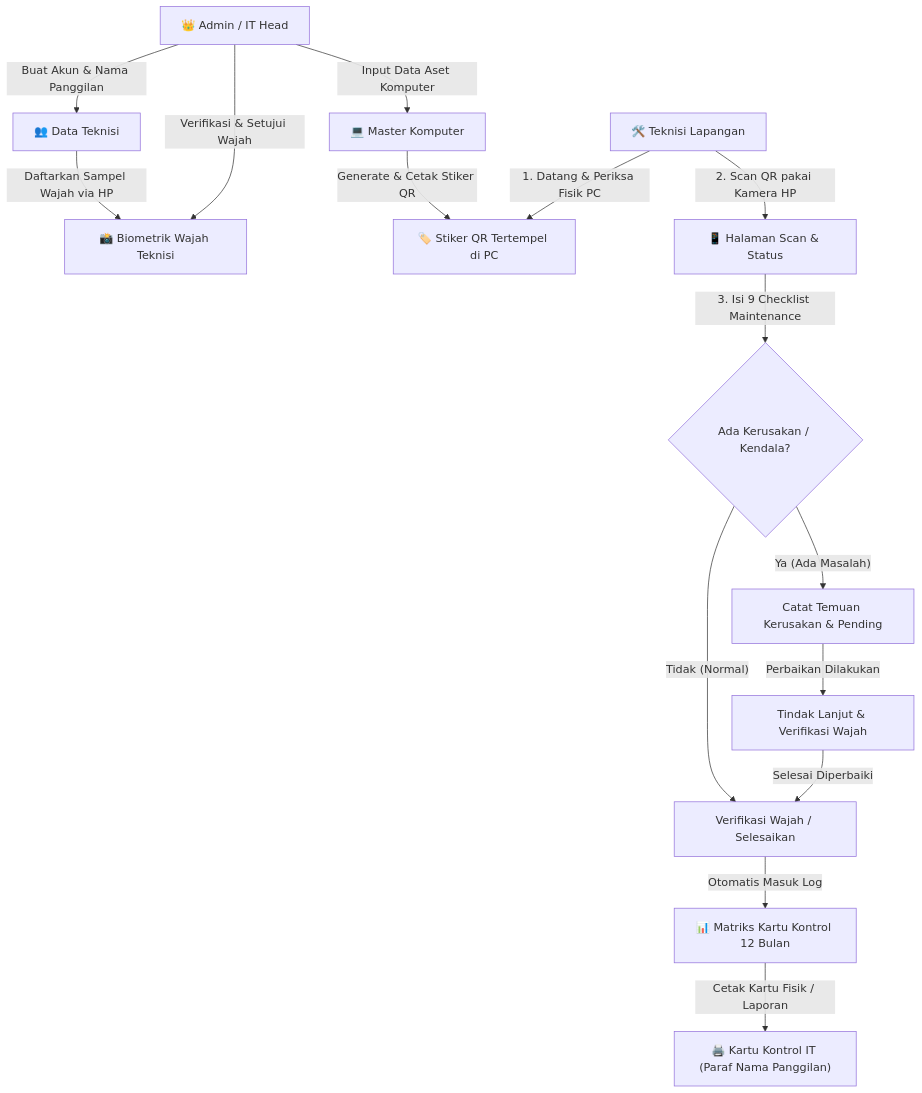
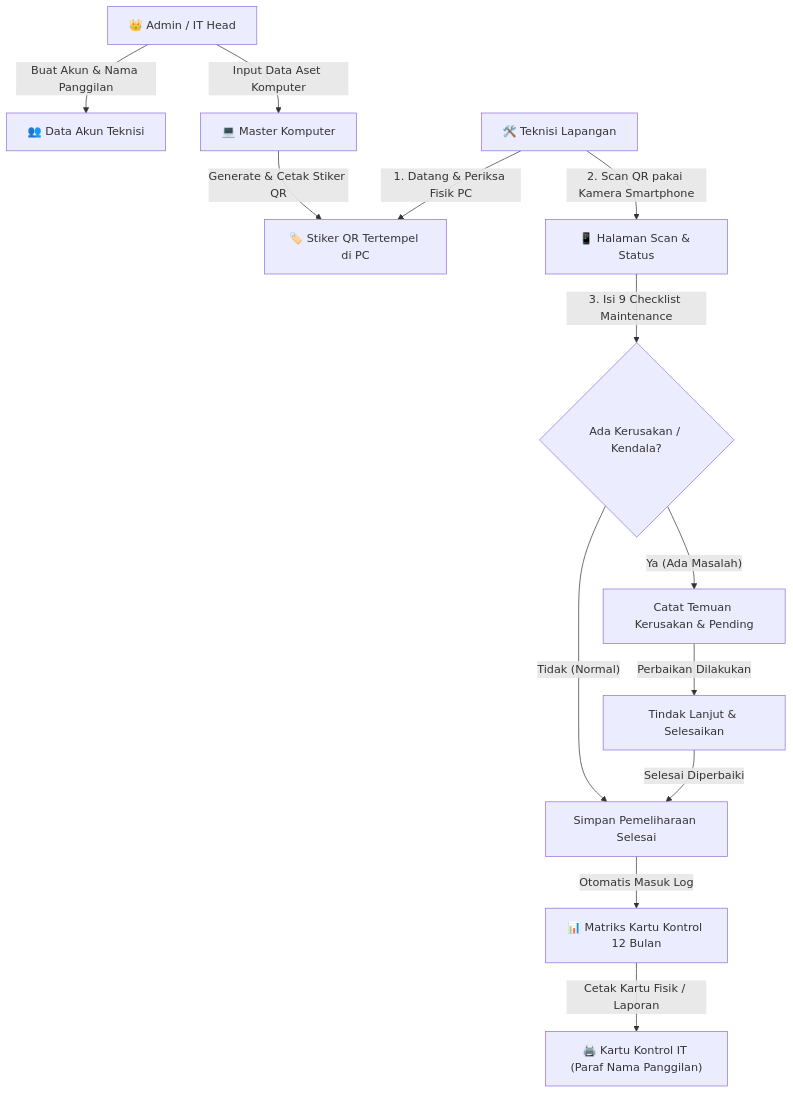
Before and after one commit to anangsuper/Maintenance-QR: the diagram in README.md, drawn with Mermaid. The commit also changed other lines of this file and 1 other file, not shown here.

Commit message:
docs: sesuaikan dokumentasi dan materi presentasi murni berbasis scan qr code, tanpa iphone/face id

````diff
--- a/README.md
+++ b/README.md
@@ -28,22 +28,19 @@
 ```mermaid
 flowchart TD
-    A["👑 Admin / IT Head"] -->|"Buat Akun & Nama Panggilan"| B["👥 Data Teknisi"]
-    B -->|"Daftarkan Sampel Wajah via HP"| C["📸 Biometrik Wajah Teknisi"]
-    A -->|"Verifikasi & Setujui Wajah"| C
+    A["👑 Admin / IT Head"] -->|"Buat Akun & Nama Panggilan"| B["👥 Data Akun Teknisi"]
+    A -->|"Input Data Aset Komputer"| C["💻 Master Komputer"]
+    C -->|"Generate & Cetak Stiker QR"| D["🏷️ Stiker QR Tertempel di PC"]
     
-    A -->|"Input Data Aset Komputer"| D["💻 Master Komputer"]
-    D -->|"Generate & Cetak Stiker QR"| E["🏷️ Stiker QR Tertempel di PC"]
+    E["🛠️ Teknisi Lapangan"] -->|"1. Datang & Periksa Fisik PC"| D
+    E -->|"2. Scan QR pakai Kamera Smartphone"| F["📱 Halaman Scan & Status"]
     
-    F["🛠️ Teknisi Lapangan"] -->|"1. Datang & Periksa Fisik PC"| E
-    F -->|"2. Scan QR pakai Kamera HP"| G["📱 Halaman Scan & Status"]
+    F -->|"3. Isi 9 Checklist Maintenance"| G{"Ada Kerusakan / Kendala?"}
+    G -->|"Tidak (Normal)"| H["Simpan Pemeliharaan Selesai"]
+    G -->|"Ya (Ada Masalah)"| I["Catat Temuan Kerusakan & Pending"]
     
-    G -->|"3. Isi 9 Checklist Maintenance"| H{"Ada Kerusakan / Kendala?"}
-    H -->|"Tidak (Normal)"| I["Verifikasi Wajah / Selesaikan"]
-    H -->|"Ya (Ada Masalah)"| J["Catat Temuan Kerusakan & Pending"]
+    I -->|"Perbaikan Dilakukan"| J["Tindak Lanjut & Selesaikan"]
+    J -->|"Selesai Diperbaiki"| H
     
-    J -->|"Perbaikan Dilakukan"| K["Tindak Lanjut & Verifikasi Wajah"]
-    K -->|"Selesai Diperbaiki"| I
-    
-    I -->|"Otomatis Masuk Log"| L["📊 Matriks Kartu Kontrol 12 Bulan"]
-    L -->|"Cetak Kartu Fisik / Laporan"| M["🖨️ Kartu Kontrol IT (Paraf Nama Panggilan)"]
+    H -->|"Otomatis Masuk Log"| K["📊 Matriks Kartu Kontrol 12 Bulan"]
+    K -->|"Cetak Kartu Fisik / Laporan"| L["🖨️ Kartu Kontrol IT (Paraf Nama Panggilan)"]
 ```
````
